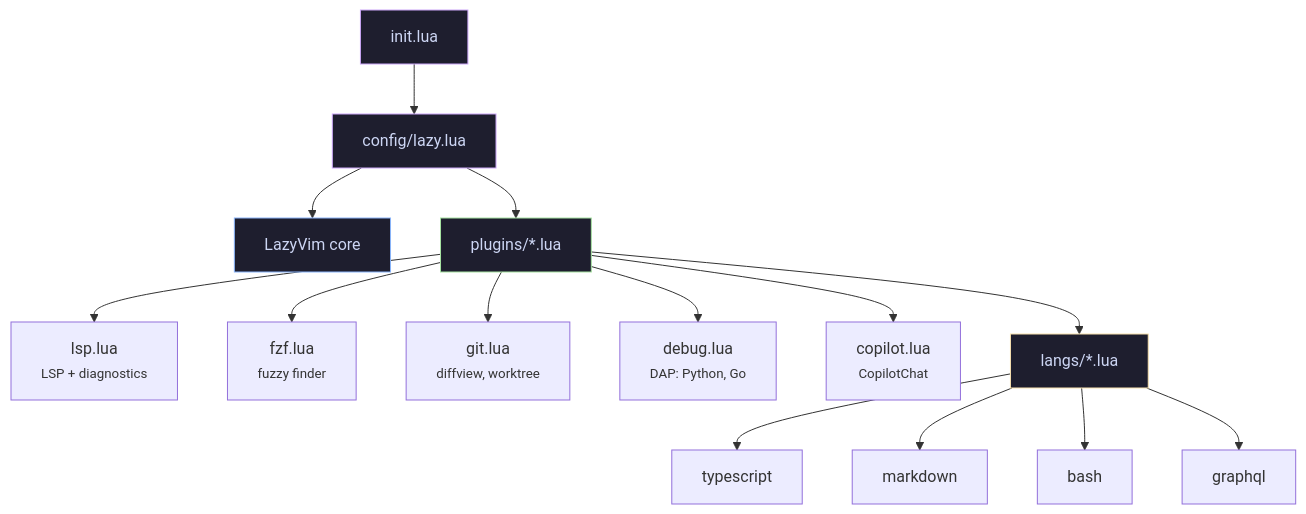
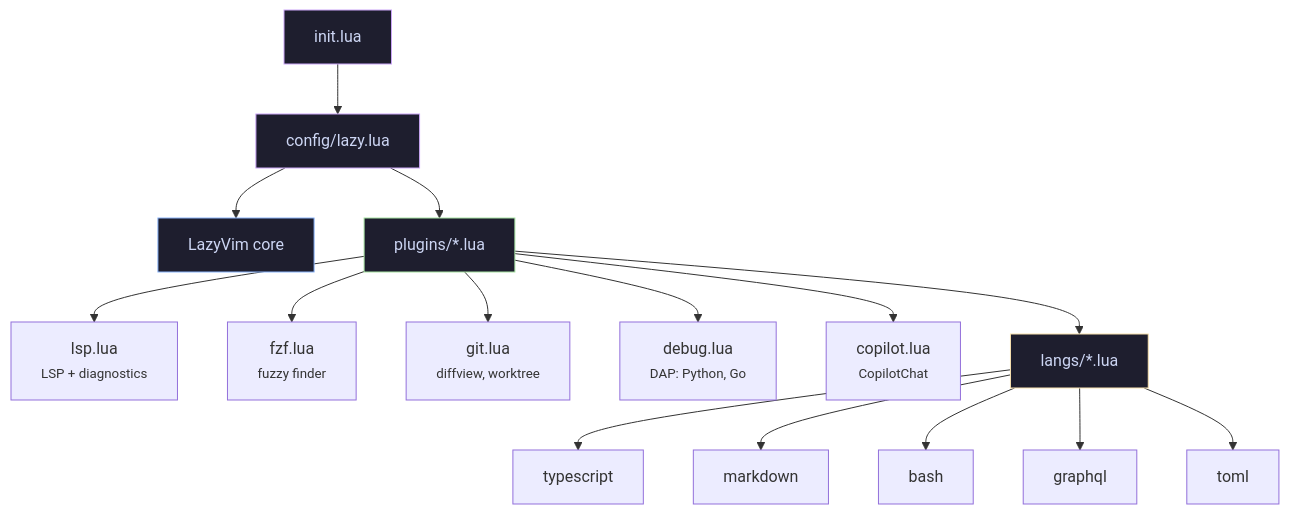
One commit to derekahn/dotfiles changed the fourth of 4 diagrams in README.md. Above: the diagram before and after it, drawn with Mermaid. The commit also changed other lines of this file, not shown here.

First line of the commit message:
docs: sync README with repo, add diagrams and emoji

````diff
--- a/README.md
+++ b/README.md
@@ -100,24 +156,25 @@
 ```mermaid
 graph TD
     init["init.lua"] --> lazy["config/lazy.lua"]
     lazy --> lazyvim["LazyVim core"]
     lazy --> plugins["plugins/*.lua"]
 
     plugins --> lsp["lsp.lua<br/><small>LSP + diagnostics</small>"]
     plugins --> fzf["fzf.lua<br/><small>fuzzy finder</small>"]
     plugins --> git["git.lua<br/><small>diffview, worktree</small>"]
     plugins --> debug["debug.lua<br/><small>DAP: Python, Go</small>"]
     plugins --> copilot["copilot.lua<br/><small>CopilotChat</small>"]
     plugins --> langs["langs/*.lua"]
 
     langs --> ts["typescript"]
     langs --> md["markdown"]
     langs --> bash["bash"]
     langs --> gql["graphql"]
+    langs --> toml["toml"]
 
     style init fill:#1e1e2e,stroke:#cba6f7,color:#cdd6f4
     style lazy fill:#1e1e2e,stroke:#cba6f7,color:#cdd6f4
     style lazyvim fill:#1e1e2e,stroke:#89b4fa,color:#cdd6f4
     style plugins fill:#1e1e2e,stroke:#a6e3a1,color:#cdd6f4
     style langs fill:#1e1e2e,stroke:#f9e2af,color:#cdd6f4
 ```
````
